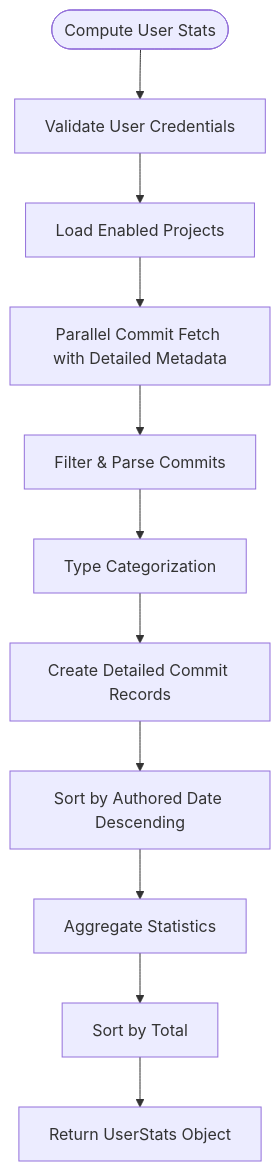
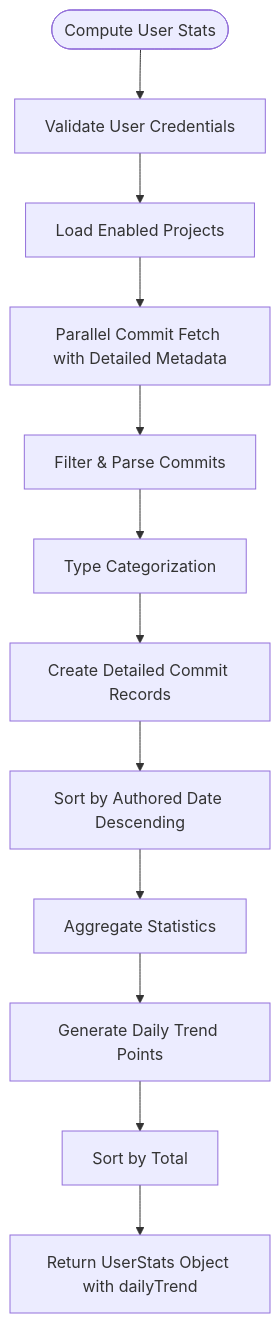
One commit to jrj444/git-daily changed the seventh of 9 diagrams in .qoder/repowiki/en/content/Frontend Components/Commit Statistics Dashboard.md. Above: the diagram before and after it, drawn with Mermaid. The commit also changed other lines of this file and 16 other files, not shown here.

````diff
--- a/.qoder/repowiki/en/content/Frontend Components/Commit Statistics Dashboard.md
+++ b/.qoder/repowiki/en/content/Frontend Components/Commit Statistics Dashboard.md
@@ -341,13 +430,14 @@
 ```mermaid
 flowchart TD
 Start([Compute User Stats]) --> Validate[Validate User Credentials]
 Validate --> LoadProjects[Load Enabled Projects]
 LoadProjects --> ParallelFetch[Parallel Commit Fetch with Detailed Metadata]
 ParallelFetch --> FilterCommits[Filter & Parse Commits]
 FilterCommits --> Categorize[Type Categorization]
 Categorize --> CreateCommitItems[Create Detailed Commit Records]
 CreateCommitItems --> SortCommits[Sort by Authored Date Descending]
 SortCommits --> Aggregate[Aggregate Statistics]
-Aggregate --> SortProjects[Sort by Total]
-SortProjects --> Return[Return UserStats Object]
+Aggregate --> DailyTrend[Generate Daily Trend Points]
+DailyTrend --> SortProjects[Sort by Total]
+SortProjects --> Return[Return UserStats Object with dailyTrend]
 ```
````
